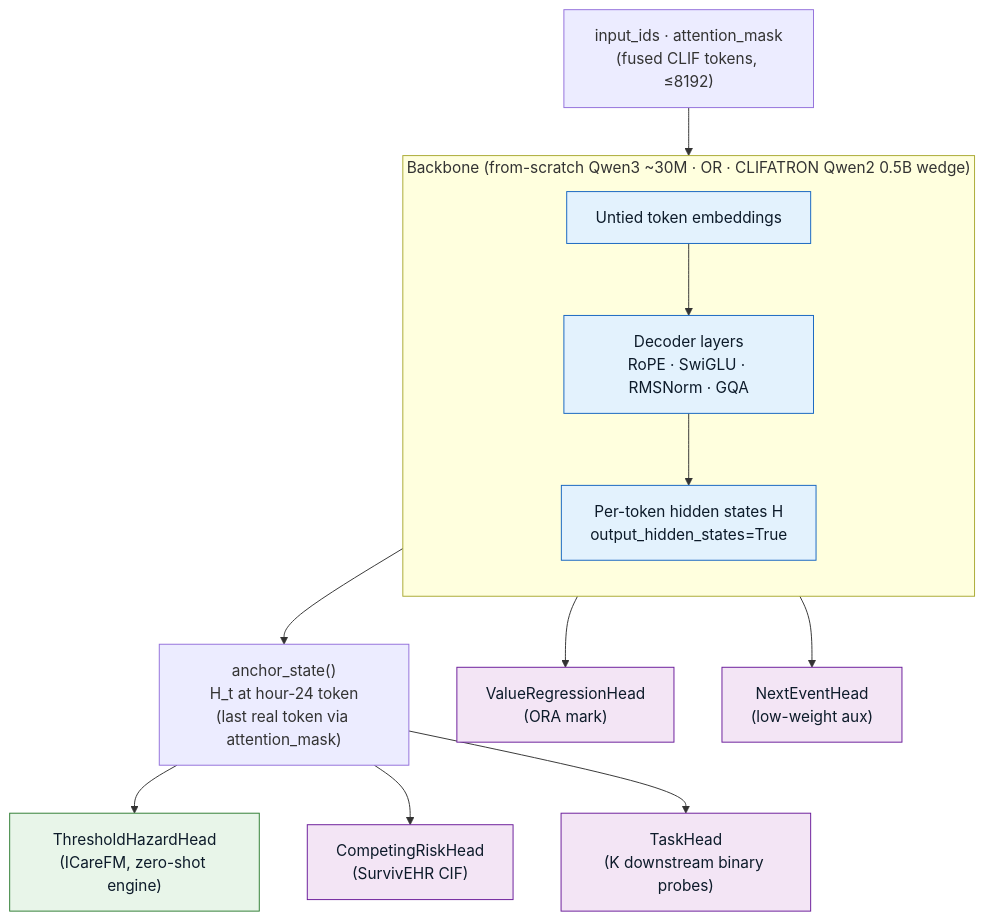
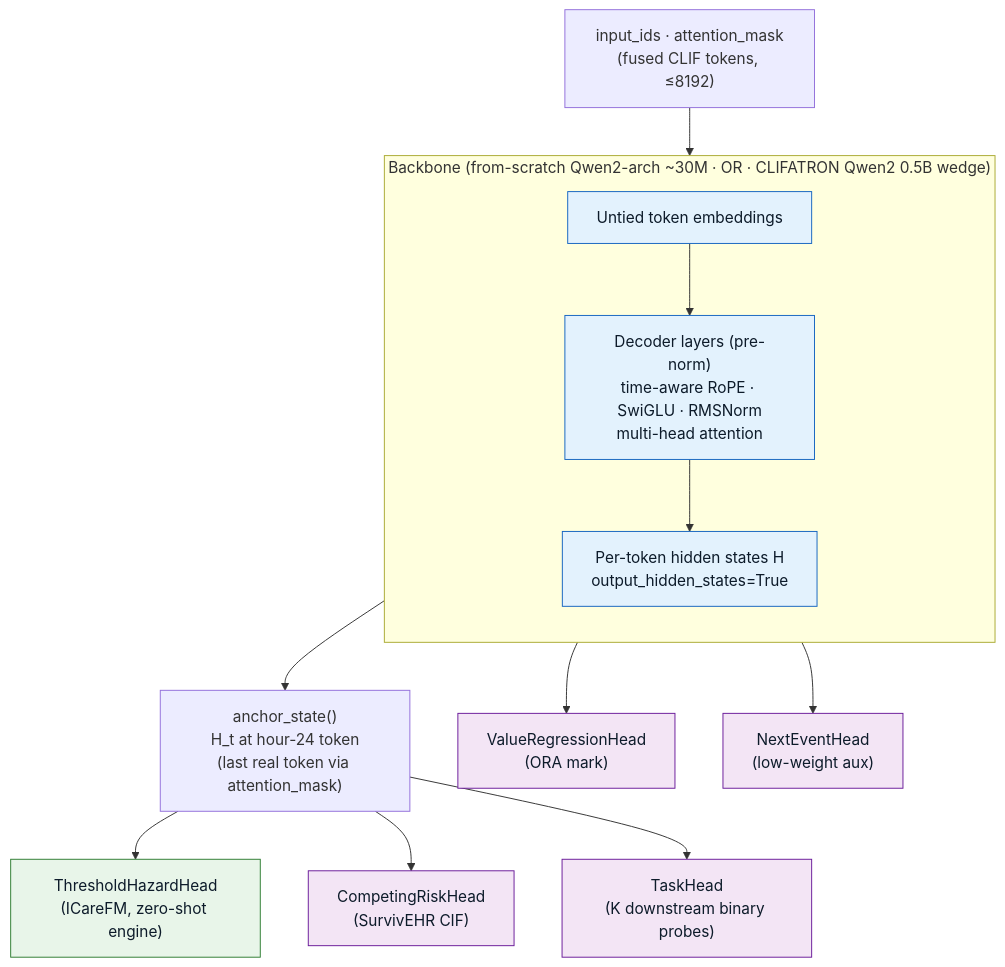
The first of 4 diagrams in website/docs/architecture.md (sajor2000/clifatron2.0), drawn with Mermaid before and after one commit. The commit also changed other lines of this file and 37 other files, not shown here.

````diff
--- a/website/docs/architecture.md
+++ b/website/docs/architecture.md
@@ -35,25 +40,25 @@
 ```mermaid
 flowchart TB
     IN["input_ids · attention_mask<br/>(fused CLIF tokens, ≤8192)"] --> BB
 
-    subgraph BB["Backbone (from-scratch Qwen3 ~30M · OR · CLIFATRON Qwen2 0.5B wedge)"]
+    subgraph BB["Backbone (from-scratch Qwen2-arch ~30M · OR · CLIFATRON Qwen2 0.5B wedge)"]
         direction TB
-        EMB["Untied token embeddings"] --> L1["Decoder layers<br/>RoPE · SwiGLU · RMSNorm · GQA"]
+        EMB["Untied token embeddings"] --> L1["Decoder layers (pre-norm)<br/>time-aware RoPE · SwiGLU · RMSNorm<br/>multi-head attention"]
         L1 --> HS["Per-token hidden states H<br/>output_hidden_states=True"]
     end
 
     HS --> ANCH["anchor_state()<br/>H_t at hour-24 token<br/>(last real token via attention_mask)"]
 
     ANCH --> TH["ThresholdHazardHead<br/>(ICareFM, zero-shot engine)"]
     ANCH --> CR["CompetingRiskHead<br/>(SurvivEHR CIF)"]
     HS --> VR["ValueRegressionHead<br/>(ORA mark)"]
     HS --> NE["NextEventHead<br/>(low-weight aux)"]
     ANCH --> TK["TaskHead<br/>(K downstream binary probes)"]
 
     classDef bb fill:#e3f2fd,stroke:#1565c0,color:#0d1b2a;
     classDef head fill:#f3e5f5,stroke:#6a1b9a,color:#0d1b2a;
     classDef primary fill:#e8f5e9,stroke:#2e7d32,color:#0d1b2a;
     class EMB,L1,HS bb;
     class CR,VR,NE,TK head;
     class TH primary;
 ```
````
